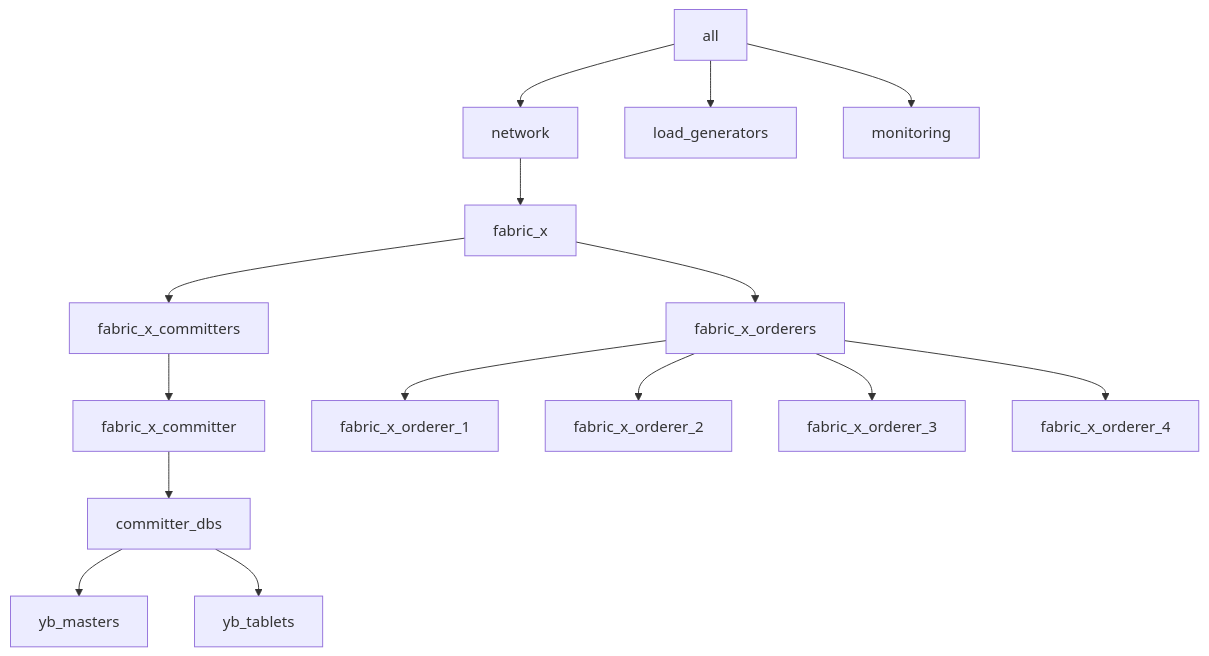
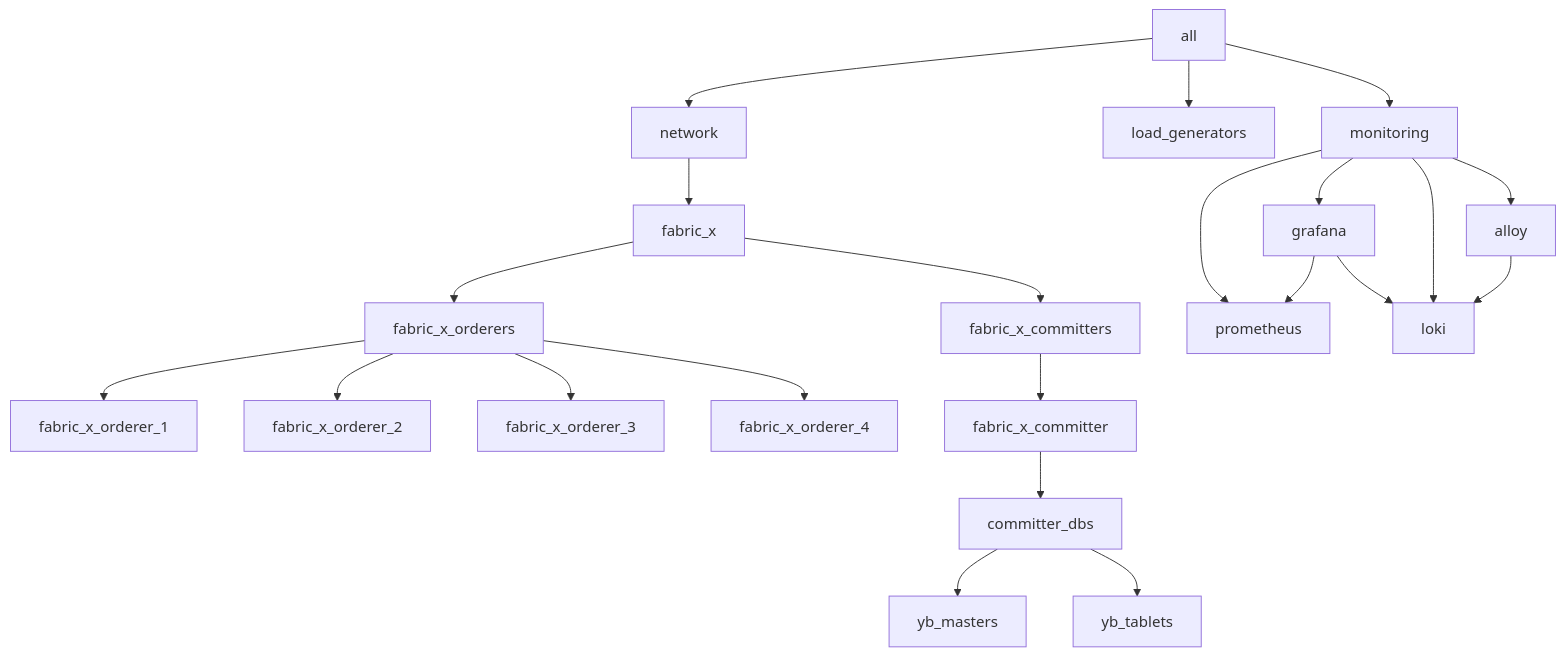
Before and after one commit to LF-Decentralized-Trust-labs/fabric-x-ansible-collection: the diagram in examples/inventory/docs/distributed/fabric-x.md, drawn with Mermaid. The commit also changed other lines of this file and 171 other files, not shown here.

Commit message:
added new `loki` and `alloy` roles for log monitoring (#332)

````diff
--- a/examples/inventory/docs/distributed/fabric-x.md
+++ b/examples/inventory/docs/distributed/fabric-x.md
@@ -33,17 +33,24 @@
 ```mermaid
 flowchart TD
   all --> network
   network --> fabric_x
   all --> load_generators
   all --> monitoring
+  monitoring --> prometheus
+  monitoring --> grafana
+  monitoring --> loki
+  monitoring --> alloy
+  grafana --> prometheus
+  grafana --> loki
+  alloy --> loki
   fabric_x --> fabric_x_orderers
   fabric_x --> fabric_x_committers
   fabric_x_committers --> fabric_x_committer
   fabric_x_orderers --> fabric_x_orderer_1
   fabric_x_orderers --> fabric_x_orderer_2
   fabric_x_orderers --> fabric_x_orderer_3
   fabric_x_orderers --> fabric_x_orderer_4
   fabric_x_committer --> committer_dbs
   committer_dbs --> yb_masters
   committer_dbs --> yb_tablets
 ```
````
